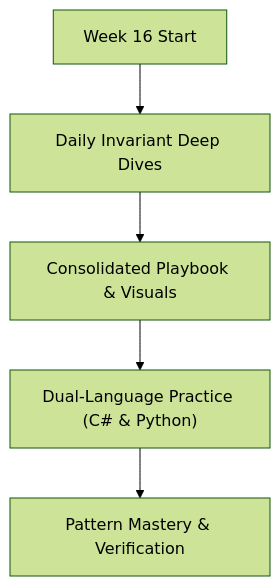
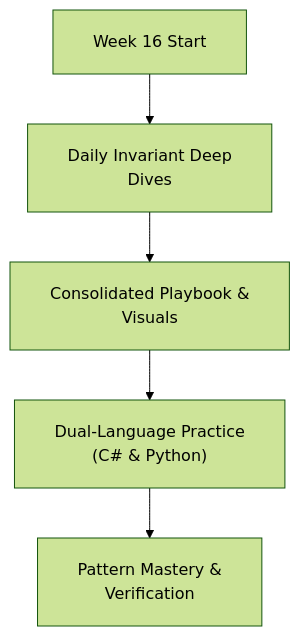
Before and after one commit to dip4k/DSA_102: the diagram in week_16_advanced_data_structures/README.md, drawn with Mermaid (forest theme). The commit also changed 108 other files, not shown here.

First line of the commit message:
fix(mermaid): resolve diagram clipping, padding, and syntax issues across repo

````diff
--- a/week_16_advanced_data_structures/README.md
+++ b/week_16_advanced_data_structures/README.md
@@ -16,7 +16,8 @@
 ```mermaid
+%%{init: {"flowchart": {"htmlLabels": true, "padding": 20}}}%%
 flowchart TD
-    Start["Week 16 Start"] --> Daily["Daily Invariant Deep Dives"]
-    Daily --> Playbook["Consolidated Playbook & Visuals"]
-    Playbook --> DualLang["Dual-Language Practice (C# & Python)"]
-    DualLang --> Mastery["Pattern Mastery & Verification"]
+    Start["Week 16 Start"] --> Daily["Daily Invariant Deep<br/>Dives"]
+    Daily --> Playbook["Consolidated Playbook &<br/>Visuals"]
+    Playbook --> DualLang["Dual-Language Practice<br/>(C# & Python)"]
+    DualLang --> Mastery["Pattern Mastery &<br/>Verification"]
 ```
````
